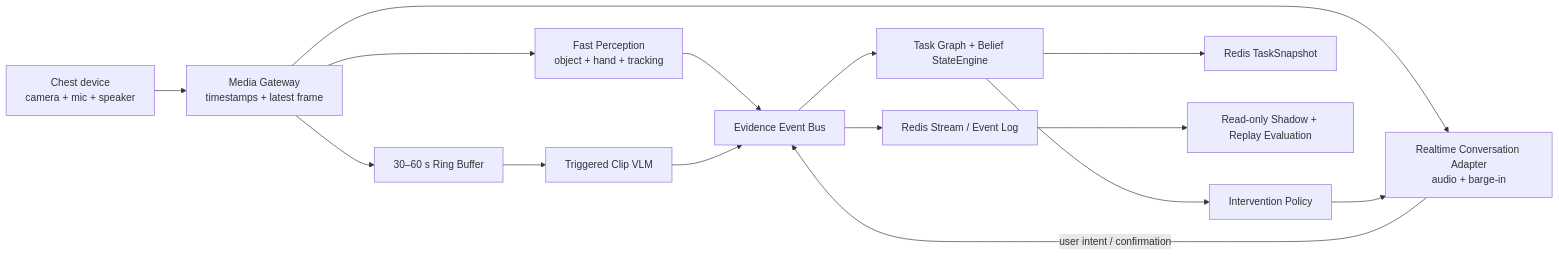
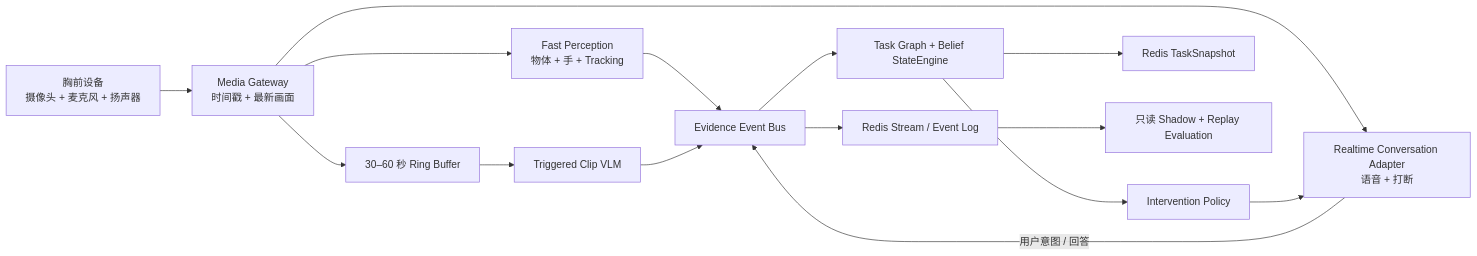
One commit to DWSDavid/NomaCook changed the diagram in docs/NOMACOOK-V2-CORE-TECHNICAL-ARCHITECTURE.md. Above: the diagram before and after it, drawn with Mermaid. The commit also changed other lines of this file, not shown here.

Commit message:
docs: translate NomaCook architecture to Chinese

````diff
--- a/docs/NOMACOOK-V2-CORE-TECHNICAL-ARCHITECTURE.md
+++ b/docs/NOMACOOK-V2-CORE-TECHNICAL-ARCHITECTURE.md
@@ -58,21 +58,21 @@
 ```mermaid
 flowchart LR
-    A["Chest device<br/>camera + mic + speaker"] --> B["Media Gateway<br/>timestamps + latest frame"]
+    A["胸前设备<br/>摄像头 + 麦克风 + 扬声器"] --> B["Media Gateway<br/>时间戳 + 最新画面"]
 
-    B --> C["Fast Perception<br/>object + hand + tracking"]
-    B --> D["Realtime Conversation Adapter<br/>audio + barge-in"]
-    B --> E["30–60 s Ring Buffer"]
+    B --> C["Fast Perception<br/>物体 + 手 + Tracking"]
+    B --> D["Realtime Conversation Adapter<br/>语音 + 打断"]
+    B --> E["30–60 秒 Ring Buffer"]
 
     C --> F["Evidence Event Bus"]
     E --> G["Triggered Clip VLM"]
     G --> F
-    D -->|"user intent / confirmation"| F
+    D -->|"用户意图 / 回答"| F
 
     F --> H["Task Graph + Belief StateEngine"]
     H --> I["Intervention Policy"]
     I --> D
 
     H --> J["Redis TaskSnapshot"]
     F --> K["Redis Stream / Event Log"]
-    K --> L["Read-only Shadow + Replay Evaluation"]
+    K --> L["只读 Shadow + Replay Evaluation"]
 ```
````
